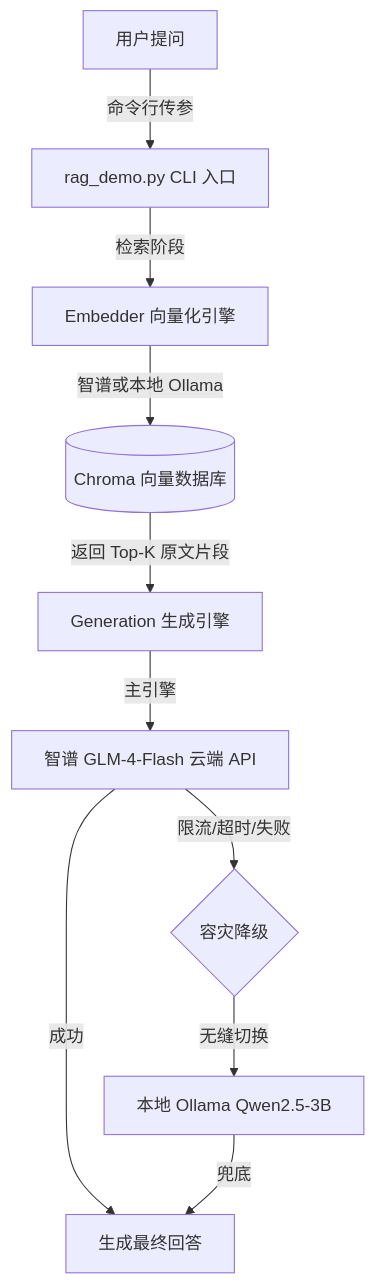
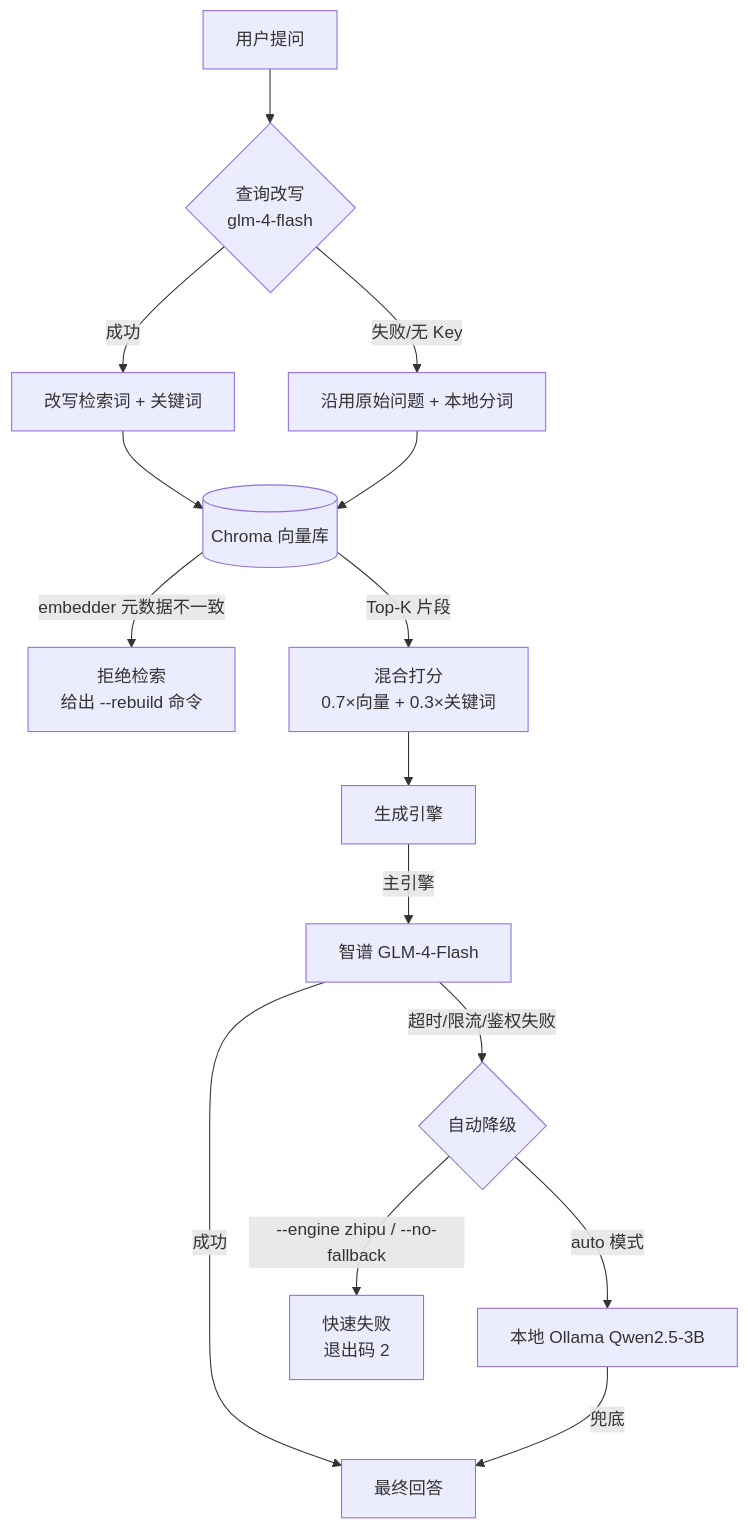
The first of 4 diagrams in README.md (yrd-go/AI-Agent-Harness), drawn with Mermaid before and after one commit. The commit also changed other lines of this file and 75 other files, not shown here.

````diff
--- a/README.md
+++ b/README.md
@@ -4,16 +92,19 @@
 ```mermaid
 graph TD
-    User[用户提问] -->|命令行传参| Entry[rag_demo.py CLI 入口]
-    
-    Entry -->|检索阶段| Embedder[Embedder 向量化引擎]
-    Embedder -->|智谱或本地 Ollama| Chroma[(Chroma 向量数据库)]
-    
-    Chroma -->|返回 Top-K 原文片段| Engine[Generation 生成引擎]
-    
-    Engine -->|主引擎| Zhipu[智谱 GLM-4-Flash 云端 API]
-    Zhipu -->|限流/超时/失败| Fallback{容灾降级}
-    Fallback -->|无缝切换| Ollama[本地 Ollama Qwen2.5-3B]
-    
-    Zhipu -->|成功| Output[生成最终回答]
-    Ollama -->|兜底| Output
+    Q[用户提问] --> RW{查询改写<br/>glm-4-flash}
+    RW -->|成功| HQ[改写检索词 + 关键词]
+    RW -->|失败/无 Key| OQ[沿用原始问题 + 本地分词]
+
+    HQ --> VS[(Chroma 向量库)]
+    OQ --> VS
+    VS -->|embedder 元数据不一致| GUARD[拒绝检索<br/>给出 --rebuild 命令]
+    VS -->|Top-K 片段| FUSE[混合打分<br/>0.7×向量 + 0.3×关键词]
+
+    FUSE --> GEN[生成引擎]
+    GEN -->|主引擎| ZP[智谱 GLM-4-Flash]
+    ZP -->|超时/限流/鉴权失败| FB{自动降级}
+    FB -->|auto 模式| OL[本地 Ollama Qwen2.5-3B]
+    FB -->|--engine zhipu / --no-fallback| FF[快速失败<br/>退出码 2]
+    ZP -->|成功| ANS[最终回答]
+    OL -->|兜底| ANS
 ```
````
